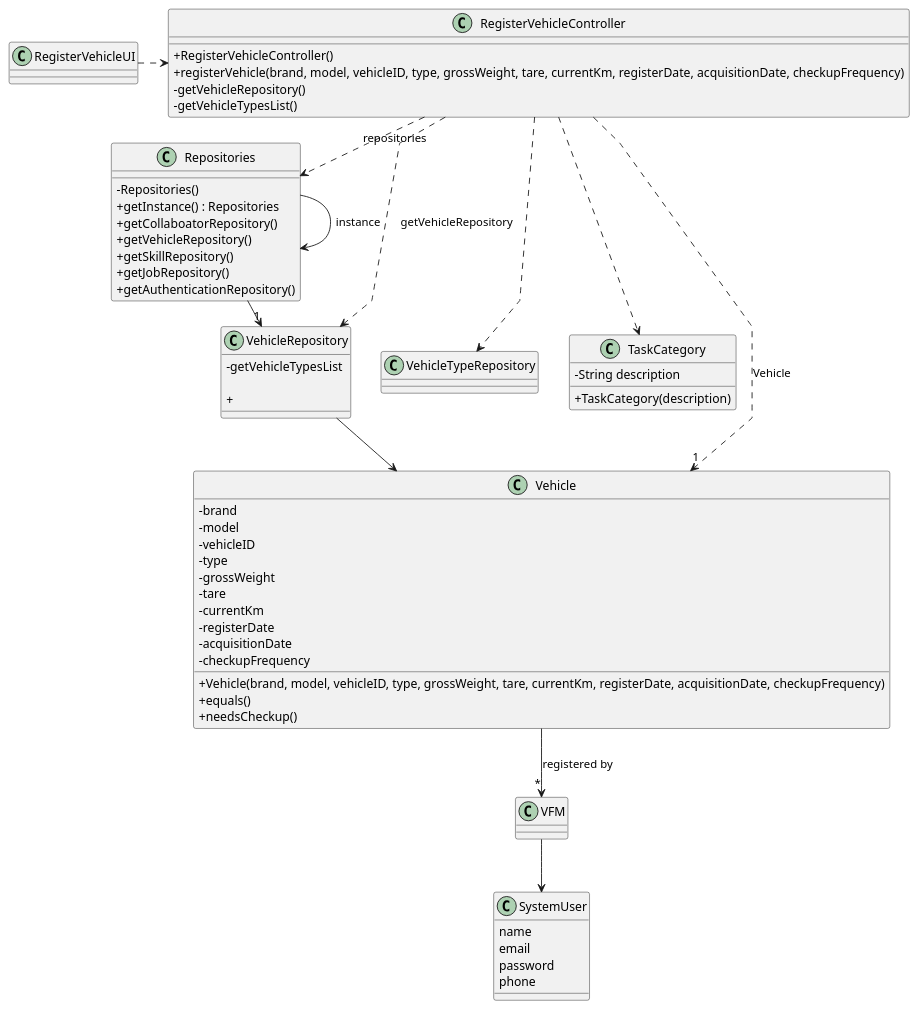
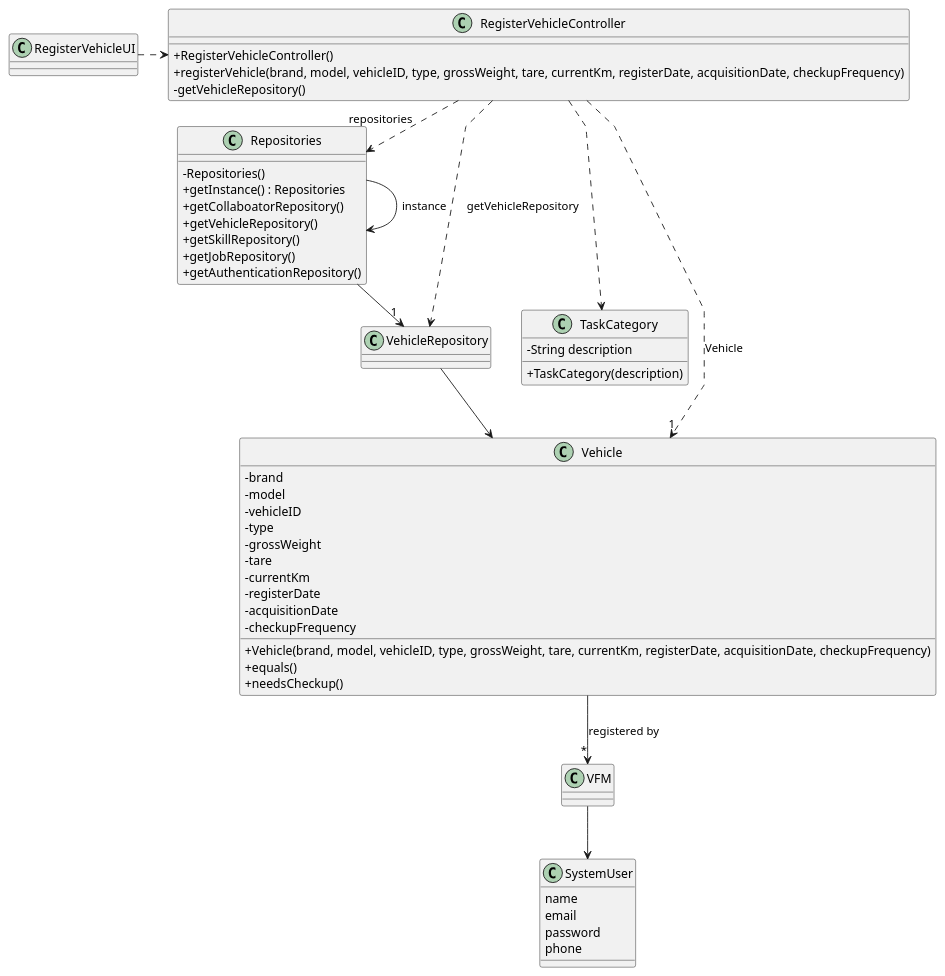
The diagram in docs/sprintB/us006/03.design/puml/us006-class-diagram.puml (Departamento-de-Engenharia-Informatica/lei-24-s2-1df-1de-g063), drawn with PlantUML before and after one commit. The commit also changed 15 other files, not shown here.

```diff
--- a/docs/sprintB/us006/03.design/puml/us006-class-diagram.puml
+++ b/docs/sprintB/us006/03.design/puml/us006-class-diagram.puml
@@ -1,102 +1,95 @@
 @startuml
 'skinparam monochrome true
 skinparam packageStyle rectangle
 skinparam shadowing false
 skinparam linetype polyline
 'skinparam linetype orto
 
 skinparam classAttributeIconSize 0
 
 'left to right direction
 
 
-
-class VehicleTypeRepository{
-}
 
 class VFM {
 }
 
 class SystemUser {
     name
     email
     password
     phone
 }
 
 class TaskCategory {
     - String description
 
     + TaskCategory(description)
 }
 
 class Vehicle {
     - brand
     - model
     - vehicleID
     - type
     - grossWeight
     - tare
     - currentKm
     - registerDate
     - acquisitionDate
     - checkupFrequency
 
     + Vehicle(brand, model, vehicleID, type, grossWeight, tare, currentKm, registerDate, acquisitionDate, checkupFrequency)
     + equals()
     + needsCheckup()
 
 
 '  +saveTask(task)
 }
 
 class VehicleRepository {
-    -getVehicleTypesList
 
-    +
 }
 
 class Repositories {
     - Repositories()
     + getInstance() : Repositories
     + getCollaboatorRepository()
     + getVehicleRepository()
     + getSkillRepository()
     + getJobRepository()
     + getAuthenticationRepository()
 
 }
 
 class RegisterVehicleController {
     + RegisterVehicleController()
     + registerVehicle(brand, model, vehicleID, type, grossWeight, tare, currentKm, registerDate, acquisitionDate, checkupFrequency)
     - getVehicleRepository()
-    - getVehicleTypesList()
 }
 
 
 
 Repositories -> Repositories : instance
 
 
 RegisterVehicleUI .> RegisterVehicleController
 
 RegisterVehicleController .> Repositories : repositories
 
 Repositories -> "1" VehicleRepository
 
 RegisterVehicleController ..> TaskCategory
 
 RegisterVehicleController ..> VehicleRepository : getVehicleRepository
 
 RegisterVehicleController..> "1" Vehicle : Vehicle
 
-RegisterVehicleController ..> VehicleTypeRepository
 
 VehicleRepository --> Vehicle
 
 VFM --> SystemUser
 
 Vehicle --> "*" VFM : registered by
 
 @enduml
```
